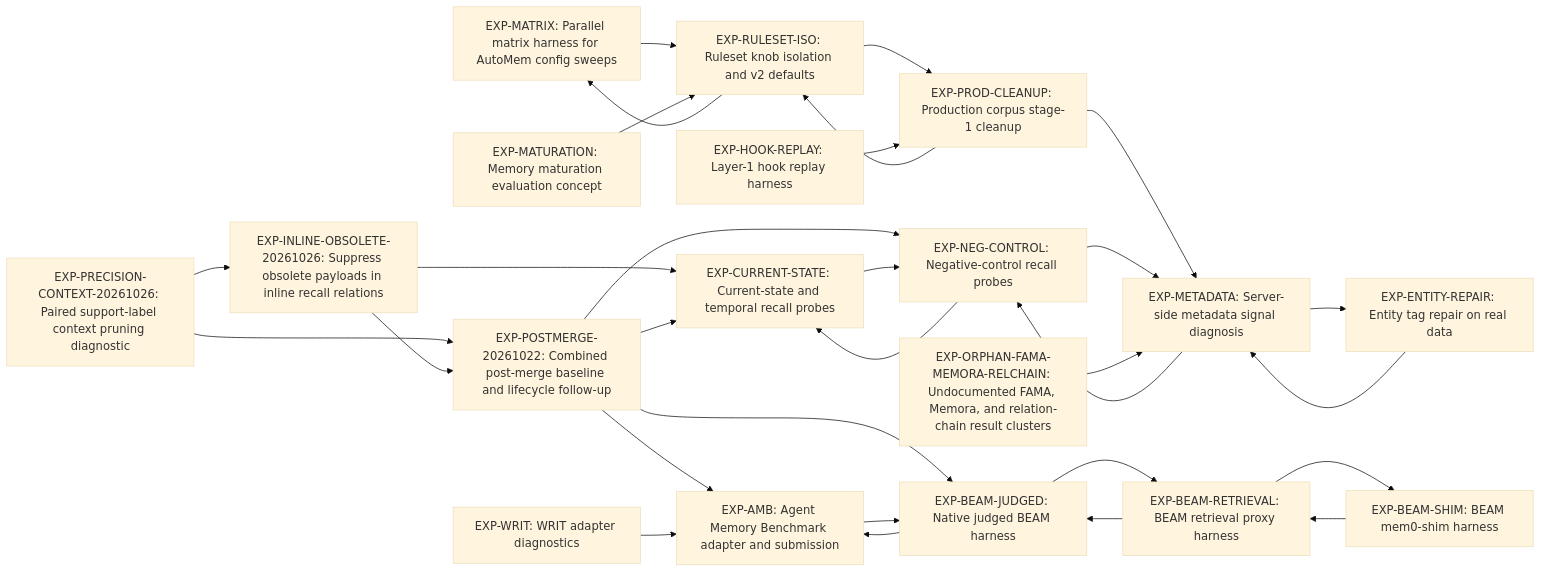
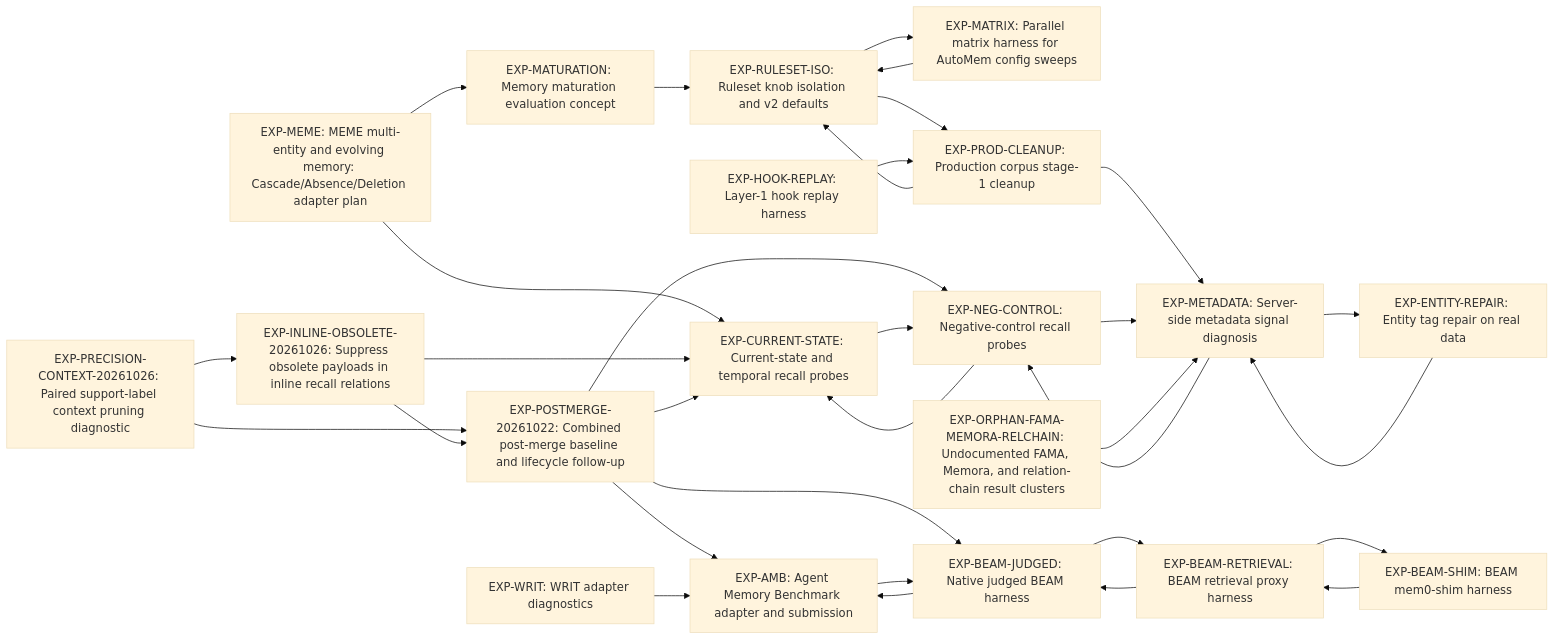
The diagram in docs/experiments/STATUS.md (verygoodplugins/automem-evals), drawn with Mermaid (base theme) before and after one commit. The commit also changed other lines of this file and 6 other files, not shown here.

First line of the commit message:
docs(eval): track MEME multi-entity and evolving memory benchmark (#85)

````diff
--- a/docs/experiments/STATUS.md
+++ b/docs/experiments/STATUS.md
@@ -33,50 +34,53 @@
 ```mermaid
 flowchart LR
+  EXP_MEME["EXP-MEME: MEME multi-entity and evolving memory: Cascade/Absence/Deletion adapter plan"]
   EXP_PRECISION_CONTEXT_20261026["EXP-PRECISION-CONTEXT-20261026: Paired support-label context pruning diagnostic"]
   EXP_INLINE_OBSOLETE_20261026["EXP-INLINE-OBSOLETE-20261026: Suppress obsolete payloads in inline recall relations"]
   EXP_POSTMERGE_20261022["EXP-POSTMERGE-20261022: Combined post-merge baseline and lifecycle follow-up"]
   EXP_AMB["EXP-AMB: Agent Memory Benchmark adapter and submission"]
   EXP_MATRIX["EXP-MATRIX: Parallel matrix harness for AutoMem config sweeps"]
   EXP_BEAM_JUDGED["EXP-BEAM-JUDGED: Native judged BEAM harness"]
   EXP_BEAM_RETRIEVAL["EXP-BEAM-RETRIEVAL: BEAM retrieval proxy harness"]
   EXP_BEAM_SHIM["EXP-BEAM-SHIM: BEAM mem0-shim harness"]
   EXP_RULESET_ISO["EXP-RULESET-ISO: Ruleset knob isolation and v2 defaults"]
   EXP_PROD_CLEANUP["EXP-PROD-CLEANUP: Production corpus stage-1 cleanup"]
   EXP_HOOK_REPLAY["EXP-HOOK-REPLAY: Layer-1 hook replay harness"]
   EXP_CURRENT_STATE["EXP-CURRENT-STATE: Current-state and temporal recall probes"]
   EXP_ENTITY_REPAIR["EXP-ENTITY-REPAIR: Entity tag repair on real data"]
   EXP_METADATA["EXP-METADATA: Server-side metadata signal diagnosis"]
   EXP_NEG_CONTROL["EXP-NEG-CONTROL: Negative-control recall probes"]
   EXP_WRIT["EXP-WRIT: WRIT adapter diagnostics"]
   EXP_MATURATION["EXP-MATURATION: Memory maturation evaluation concept"]
   EXP_ORPHAN_FAMA_MEMORA_RELCHAIN["EXP-ORPHAN-FAMA-MEMORA-RELCHAIN: Undocumented FAMA, Memora, and relation-chain result clusters"]
+  EXP_MEME --> EXP_CURRENT_STATE
+  EXP_MEME --> EXP_MATURATION
   EXP_PRECISION_CONTEXT_20261026 --> EXP_POSTMERGE_20261022
   EXP_PRECISION_CONTEXT_20261026 --> EXP_INLINE_OBSOLETE_20261026
   EXP_INLINE_OBSOLETE_20261026 --> EXP_POSTMERGE_20261022
   EXP_INLINE_OBSOLETE_20261026 --> EXP_CURRENT_STATE
   EXP_POSTMERGE_20261022 --> EXP_CURRENT_STATE
   EXP_POSTMERGE_20261022 --> EXP_NEG_CONTROL
   EXP_POSTMERGE_20261022 --> EXP_AMB
   EXP_POSTMERGE_20261022 --> EXP_BEAM_JUDGED
   EXP_AMB --> EXP_BEAM_JUDGED
   EXP_MATRIX --> EXP_RULESET_ISO
   EXP_BEAM_JUDGED --> EXP_BEAM_RETRIEVAL
   EXP_BEAM_JUDGED --> EXP_AMB
   EXP_BEAM_RETRIEVAL --> EXP_BEAM_SHIM
   EXP_BEAM_RETRIEVAL --> EXP_BEAM_JUDGED
   EXP_BEAM_SHIM --> EXP_BEAM_RETRIEVAL
   EXP_RULESET_ISO --> EXP_PROD_CLEANUP
   EXP_RULESET_ISO --> EXP_MATRIX
   EXP_PROD_CLEANUP --> EXP_RULESET_ISO
   EXP_PROD_CLEANUP --> EXP_METADATA
   EXP_HOOK_REPLAY --> EXP_PROD_CLEANUP
   EXP_CURRENT_STATE --> EXP_NEG_CONTROL
   EXP_ENTITY_REPAIR --> EXP_METADATA
   EXP_METADATA --> EXP_ENTITY_REPAIR
   EXP_METADATA --> EXP_NEG_CONTROL
   EXP_NEG_CONTROL --> EXP_METADATA
   EXP_NEG_CONTROL --> EXP_CURRENT_STATE
   EXP_WRIT --> EXP_AMB
   EXP_MATURATION --> EXP_RULESET_ISO
   EXP_ORPHAN_FAMA_MEMORA_RELCHAIN --> EXP_METADATA
 ```
````
